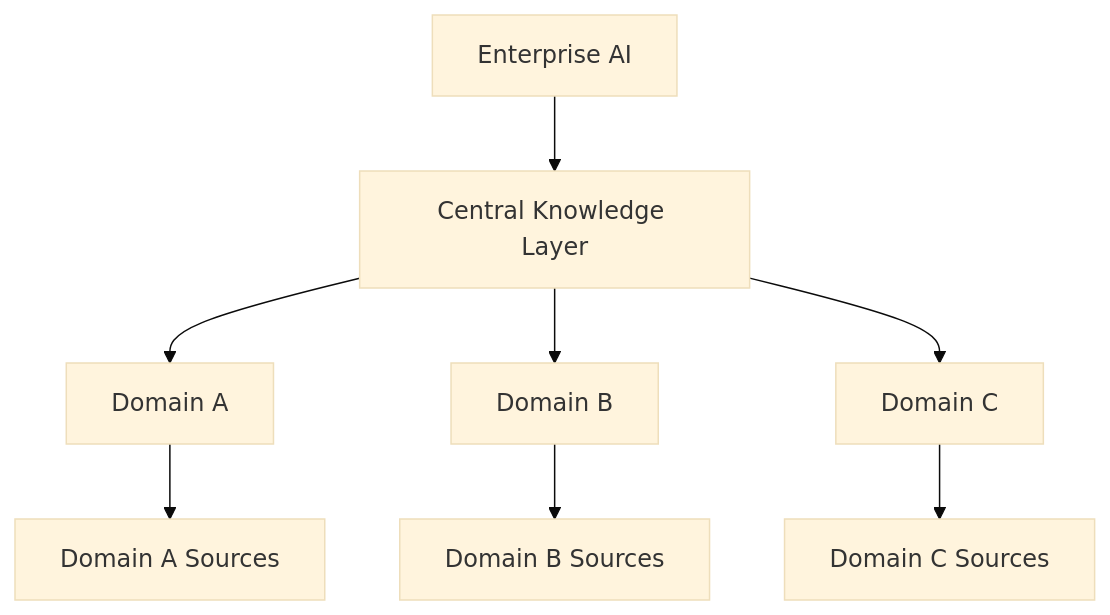
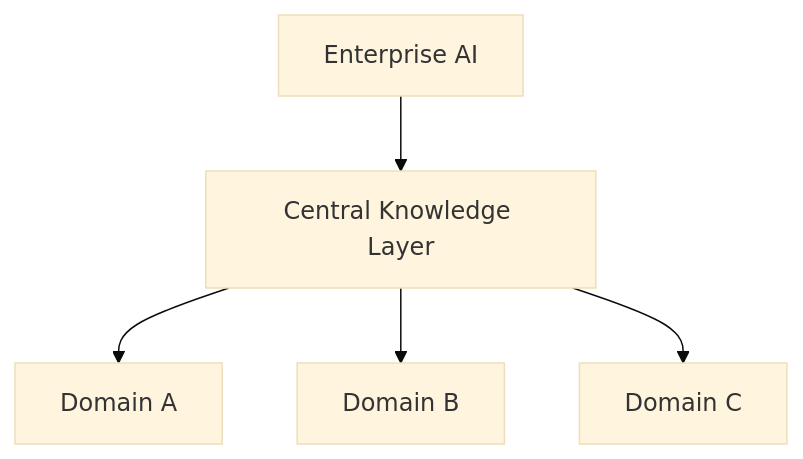
One commit to MihirKJha/enterprise-ai-blog changed the second of 5 diagrams in docs/architecture-insights/genai-and-rag/1.5-designing-enterprise-knowledge-architecture-for-ai.md. Above: the diagram before and after it, drawn with Mermaid (base theme). The commit also changed other lines of this file, not shown here.

````diff
--- a/docs/architecture-insights/genai-and-rag/1.5-designing-enterprise-knowledge-architecture-for-ai.md
+++ b/docs/architecture-insights/genai-and-rag/1.5-designing-enterprise-knowledge-architecture-for-ai.md
@@ -142,15 +116,10 @@
 ```mermaid
 graph TD
     AI[Enterprise AI]
     K[Central Knowledge Layer]
 
     AI --> K
-
     K --> A[Domain A]
     K --> B[Domain B]
     K --> C[Domain C]
-
-    A --> SA[Domain A Sources]
-    B --> SB[Domain B Sources]
-    C --> SC[Domain C Sources]
 ```
````
